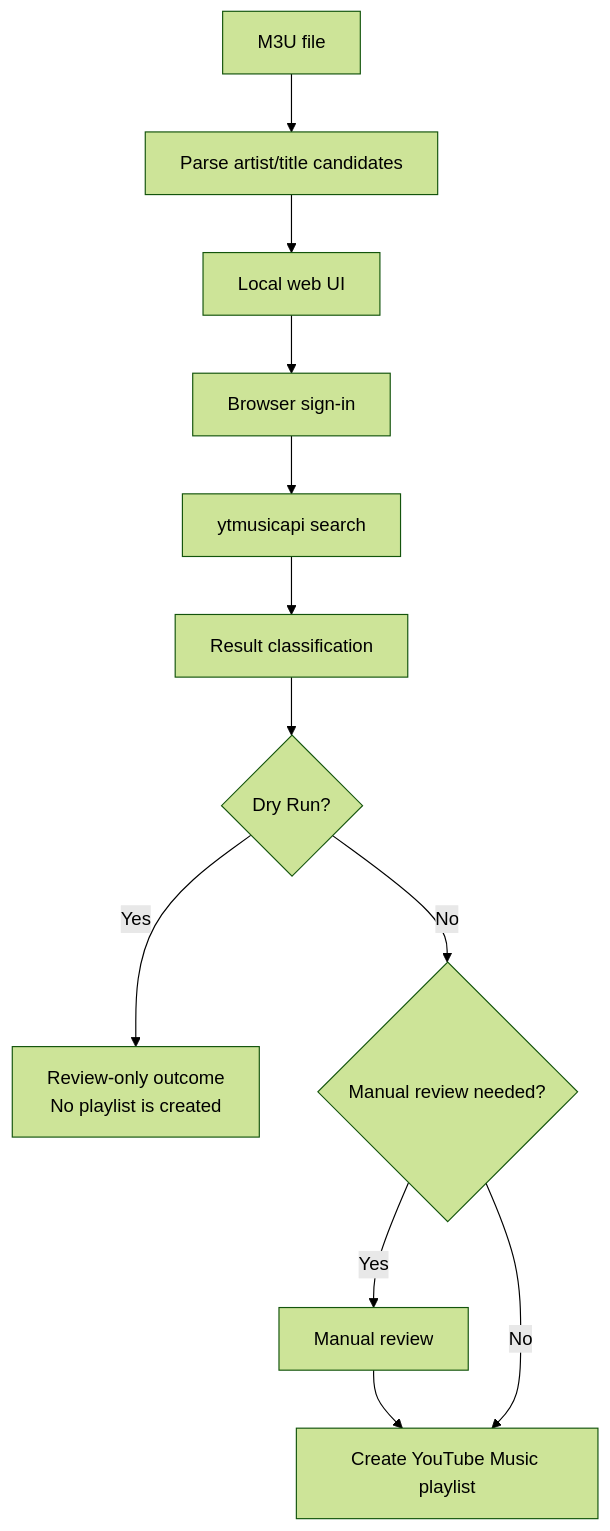
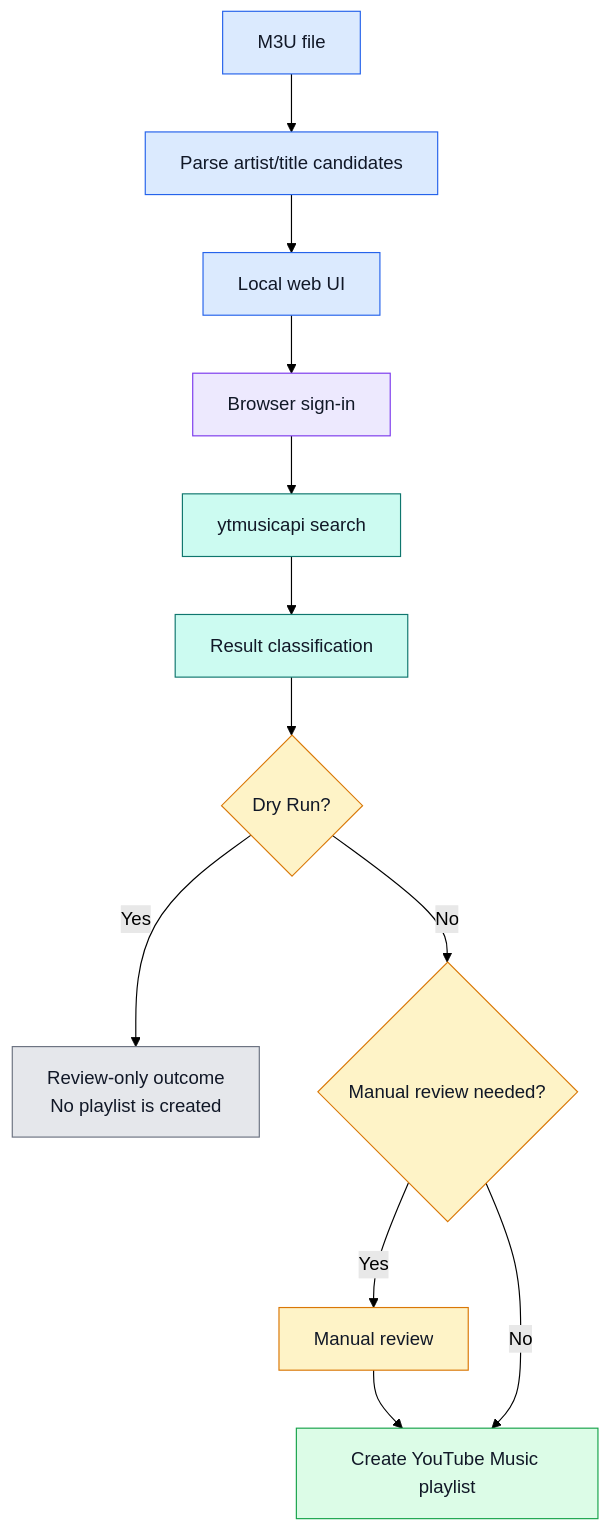
The diagram in README.md (Dortecx/El-Exportador), drawn with Mermaid (forest theme) before and after one commit. The commit also changed other lines of this file and 1 other file, not shown here.

Commit message:
docs: refine platform setup guidance

````diff
--- a/README.md
+++ b/README.md
@@ -74,14 +76,28 @@
 ```mermaid
 flowchart TD
     A[M3U file] --> B[Parse artist/title candidates]
     B --> C[Local web UI]
     C --> D[Browser sign-in]
     D --> E[ytmusicapi search]
     E --> F[Result classification]
     F --> G{Dry Run?}
     G -- Yes --> H[Review-only outcome<br/>No playlist is created]
     G -- No --> I{Manual review needed?}
     I -- Yes --> J[Manual review]
     J --> K[Create YouTube Music playlist]
     I -- No --> K
+
+    classDef inputUi fill:#dbeafe,stroke:#2563eb,color:#111827,stroke-width:1px
+    classDef auth fill:#ede9fe,stroke:#7c3aed,color:#111827,stroke-width:1px
+    classDef search fill:#ccfbf1,stroke:#0f766e,color:#111827,stroke-width:1px
+    classDef decisionReview fill:#fef3c7,stroke:#d97706,color:#111827,stroke-width:1px
+    classDef success fill:#dcfce7,stroke:#16a34a,color:#111827,stroke-width:1px
+    classDef dryRun fill:#e5e7eb,stroke:#6b7280,color:#111827,stroke-width:1px
+
+    class A,B,C inputUi
+    class D auth
+    class E,F search
+    class G,I,J decisionReview
+    class K success
+    class H dryRun
 ```
````
